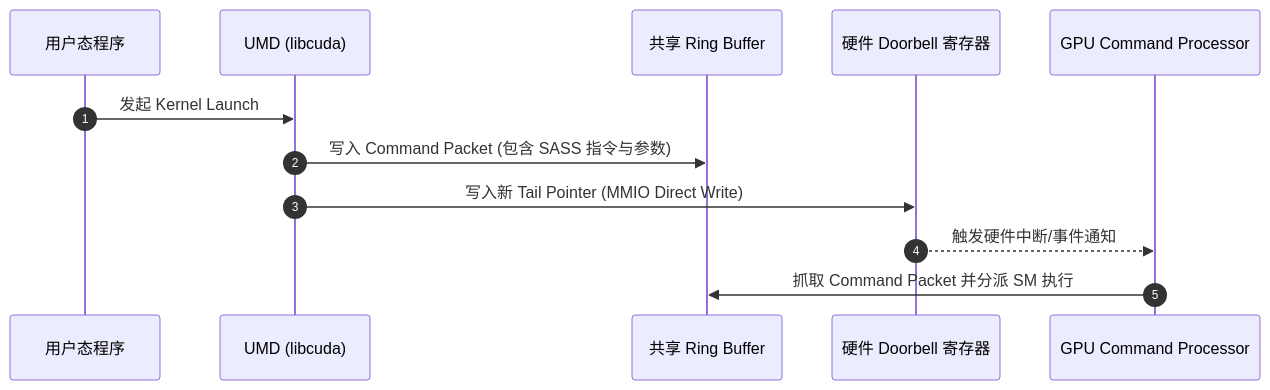
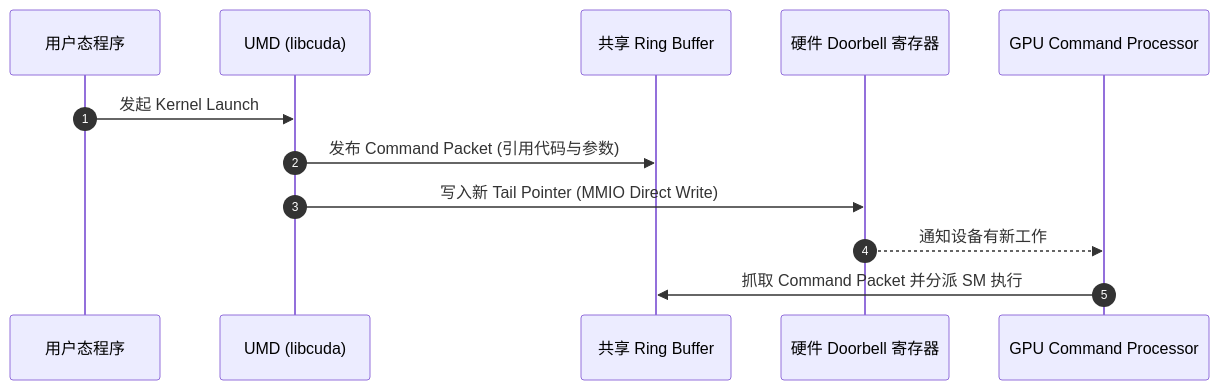
Before and after one commit to YvainZhang/YvainZhang.github.io: the diagram in GPU/09-Driver-Runtime-Software-Stack/02-umd-command-submission.md, drawn with Mermaid. The commit also changed other lines of this file and 20 other files, not shown here.

````diff
--- a/GPU/09-Driver-Runtime-Software-Stack/02-umd-command-submission.md
+++ b/GPU/09-Driver-Runtime-Software-Stack/02-umd-command-submission.md
@@ -9,15 +11,15 @@
 ```mermaid
 sequenceDiagram
     autonumber
     participant App as 用户态程序
     participant UMD as UMD (libcuda)
     participant RingBuf as 共享 Ring Buffer
     participant Doorbell as 硬件 Doorbell 寄存器
     participant GPU_CP as GPU Command Processor
 
     App->>UMD: 发起 Kernel Launch
-    UMD->>RingBuf: 写入 Command Packet (包含 SASS 指令与参数)
+    UMD->>RingBuf: 发布 Command Packet (引用代码与参数)
     UMD->>Doorbell: 写入新 Tail Pointer (MMIO Direct Write)
-    Doorbell-->>GPU_CP: 触发硬件中断/事件通知
+    Doorbell-->>GPU_CP: 通知设备有新工作
     GPU_CP->>RingBuf: 抓取 Command Packet 并分派 SM 执行
 ```
````
